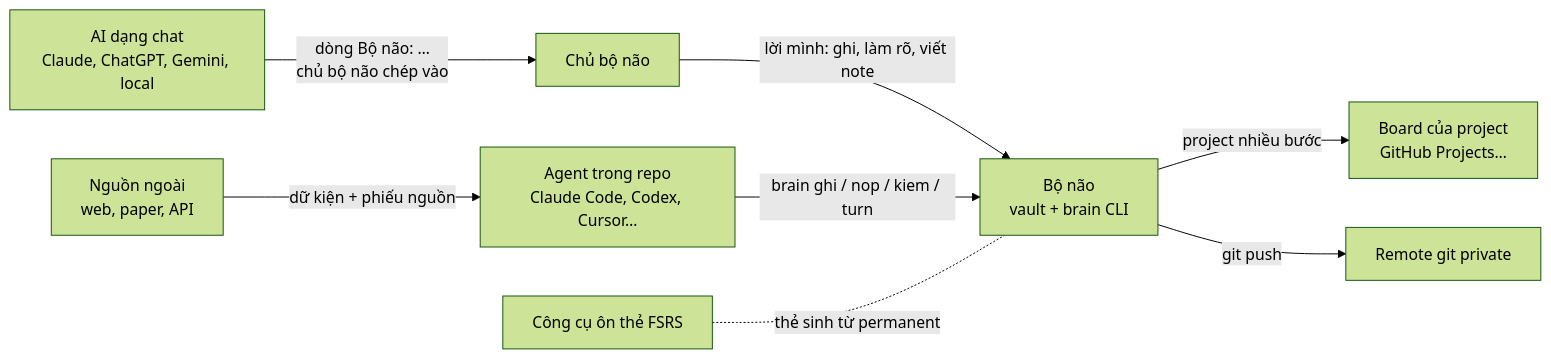
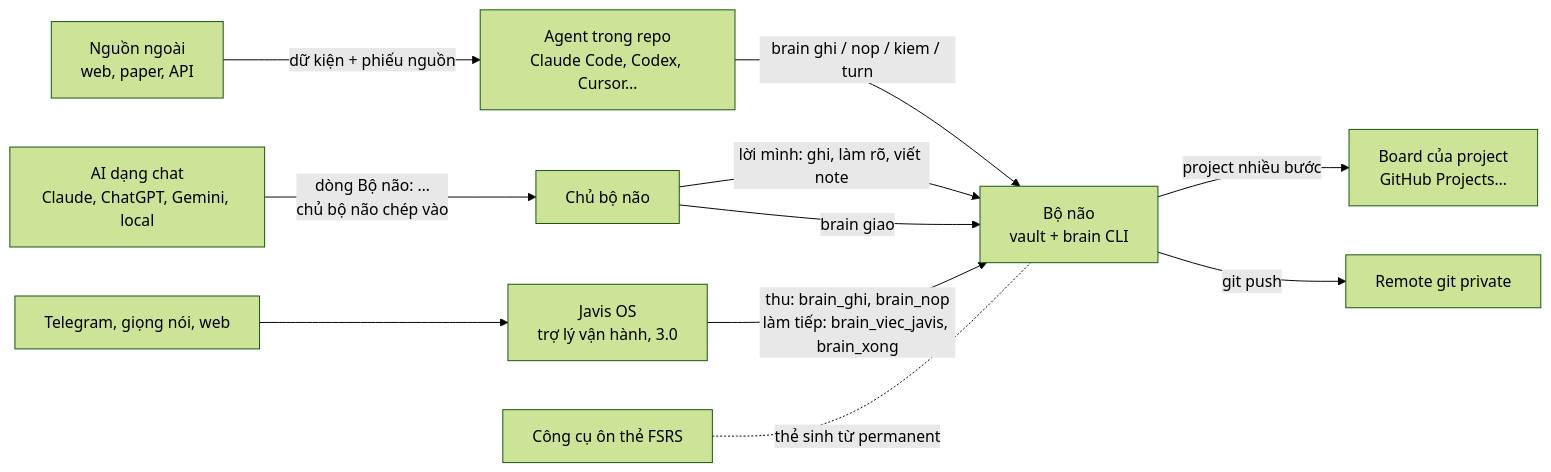
Before and after one commit to DaveTran243/Brain_Standard: the first of 10 diagrams in docs/kien-truc-he-thong.md, drawn with Mermaid (forest theme). The commit also changed other lines of this file and 2 other files, not shown here.

First line of the commit message:
DAB 3.0: đưa vòng Javis vào docs/kien-truc-he-thong.md, bỏ docs/dab-3.0.md

````diff
--- a/docs/kien-truc-he-thong.md
+++ b/docs/kien-truc-he-thong.md
@@ -173,10 +202,13 @@
 ```mermaid
 flowchart LR
   U["Chủ bộ não"] -- "lời mình: ghi, làm rõ, viết note" --> B["Bộ não<br/>vault + brain CLI"]
   AI["AI dạng chat<br/>Claude, ChatGPT, Gemini, local"] -- "dòng Bộ não: …<br/>chủ bộ não chép vào" --> U
   AG["Agent trong repo<br/>Claude Code, Codex, Cursor…"] -- "brain ghi / nop / kiem / turn" --> B
+  JV["Javis OS<br/>trợ lý vận hành, 3.0"] -- "thu: brain_ghi, brain_nop<br/>làm tiếp: brain_viec_javis, brain_xong" --> B
+  U -- "brain giao" --> B
+  TG["Telegram, giọng nói, web"] --> JV
   WEB["Nguồn ngoài<br/>web, paper, API"] -- "dữ kiện + phiếu nguồn" --> AG
   B -- "project nhiều bước" --> BD["Board của project<br/>GitHub Projects…"]
   B -- "git push" --> R["Remote git private"]
   FSRS["Công cụ ôn thẻ FSRS"] -. "thẻ sinh từ permanent" .- B
 ```
````
